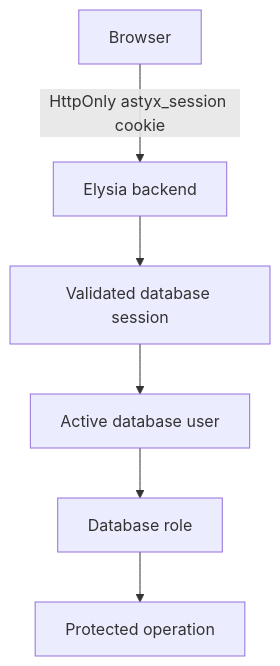
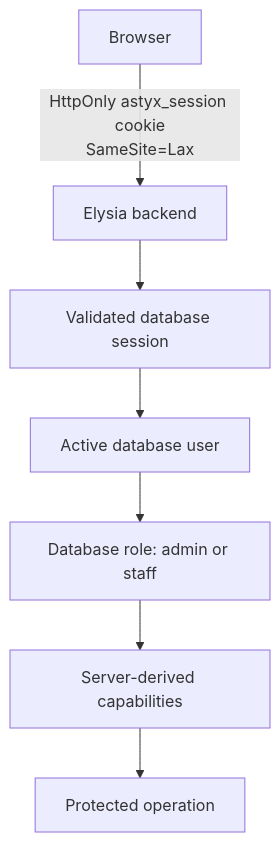
Before and after one commit to daoistmadness/operatoros: the second of 3 diagrams in README.md, drawn with Mermaid. The commit also changed other lines of this file, not shown here.

````diff
--- a/README.md
+++ b/README.md
@@ -50,8 +244,9 @@
 ```mermaid
 flowchart TD
-  Browser["Browser"] -->|"HttpOnly astyx_session cookie"| API["Elysia backend"]
+  Browser["Browser"] -->|"HttpOnly astyx_session cookie<br/>SameSite=Lax"| API["Elysia backend"]
   API --> Session["Validated database session"]
   Session --> User["Active database user"]
-  User --> Role["Database role"]
-  Role --> Protected["Protected operation"]
+  User --> Role["Database role: admin or staff"]
+  Role --> Cap["Server-derived capabilities"]
+  Cap --> Protected["Protected operation"]
 ```
````
